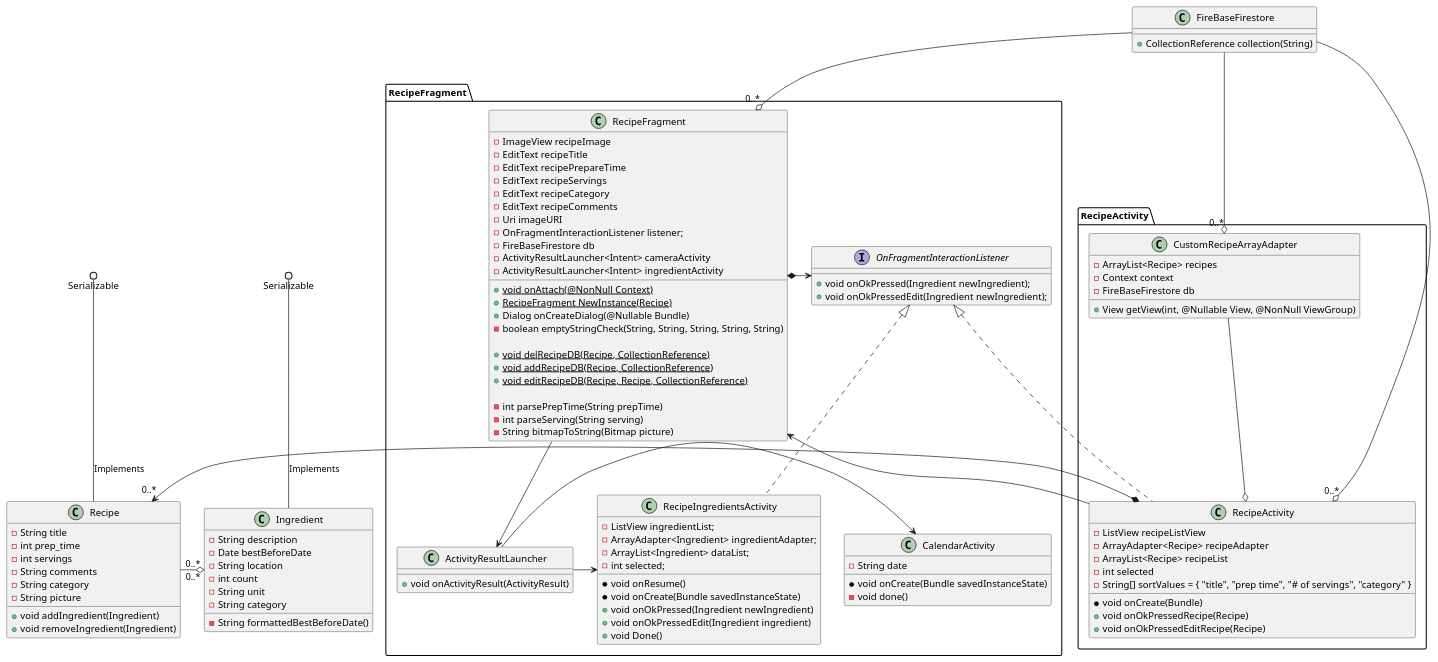
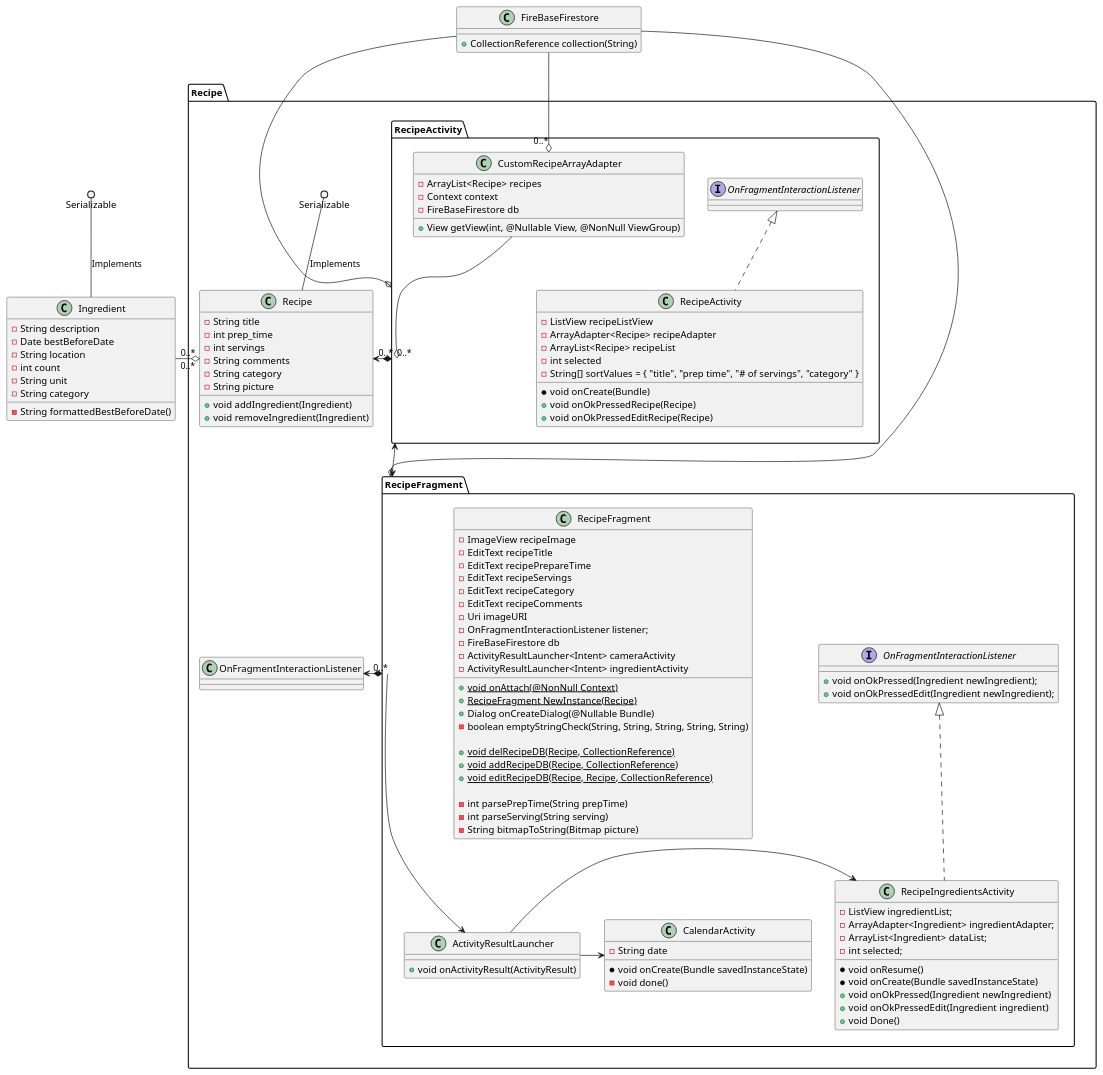
Before and after one commit to CMPUT301F22T31/FoodCart: the diagram in doc/source/RecipeUML.puml, drawn with PlantUML. The commit also changed 4 other files, not shown here.

Commit message:
UML package overhaul

```diff
--- a/doc/source/RecipeUML.puml
+++ b/doc/source/RecipeUML.puml
@@ -1,136 +1,137 @@
 @startuml
 'https://plantuml.com/class-diagram
 
 class Ingredient
 {
--String description
--Date bestBeforeDate
--String location
--int count
--String unit
--String category
+    -String description
+    -Date bestBeforeDate
+    -String location
+    -int count
+    -String unit
+    -String category
 
--String formattedBestBeforeDate()
+    -String formattedBestBeforeDate()
 }
+Serializable ()-- Ingredient : Implements
 
 class FireBaseFirestore
 {
-+CollectionReference collection(String)
-}
-
-class RecipeFragment.ActivityResultLauncher
-{
-    +void onActivityResult(ActivityResult)
-}
-
-class Recipe
-{
--String title
--int prep_time
--int servings
--String comments
--String category
--String picture
-
-+void addIngredient(Ingredient)
-+void removeIngredient(Ingredient)
-}
-
-class RecipeFragment.CalendarActivity
-{
-    - String date
-    * void onCreate(Bundle savedInstanceState)
-    - void done()
-}
-
-class RecipeActivity.RecipeActivity implements RecipeFragment.OnFragmentInteractionListener
-{
--ListView recipeListView
--ArrayAdapter<Recipe> recipeAdapter
--ArrayList<Recipe> recipeList
--int selected
--String[] sortValues = { "title", "prep time", "# of servings", "category" }
-
-*void onCreate(Bundle)
-+void onOkPressedRecipe(Recipe)
-+void onOkPressedEditRecipe(Recipe)
-}
-
-class RecipeFragment.RecipeFragment
-{
--ImageView recipeImage
--EditText recipeTitle
--EditText recipePrepareTime
--EditText recipeServings
--EditText recipeCategory
--EditText recipeComments
--Uri imageURI
--OnFragmentInteractionListener listener;
--FireBaseFirestore db
--ActivityResultLauncher<Intent> cameraActivity
--ActivityResultLauncher<Intent> ingredientActivity
-
-+ {static} void onAttach(@NonNull Context)
-+ {static} RecipeFragment NewInstance(Recipe)
-+ Dialog onCreateDialog(@Nullable Bundle)
-- boolean emptyStringCheck(String, String, String, String, String)
-
-+ {static} void delRecipeDB(Recipe, CollectionReference)
-+ {static} void addRecipeDB(Recipe, CollectionReference)
-+ {static} void editRecipeDB(Recipe, Recipe, CollectionReference)
-
-- int parsePrepTime(String prepTime)
-- int parseServing(String serving)
-- String bitmapToString(Bitmap picture)
+    +CollectionReference collection(String)
 
 }
 
-interface RecipeFragment.OnFragmentInteractionListener
+package Recipe
 {
-+void onOkPressed(Ingredient newIngredient);
-+void onOkPressedEdit(Ingredient newIngredient);
+    class Recipe
+    {
+        -String title
+        -int prep_time
+        -int servings
+        -String comments
+        -String category
+        -String picture
+
+        +void addIngredient(Ingredient)
+        +void removeIngredient(Ingredient)
+    }
+    package RecipeFragment
+    {
+        class ActivityResultLauncher
+        {
+            +void onActivityResult(ActivityResult)
+        }
+        class CalendarActivity
+        {
+            - String date
+            * void onCreate(Bundle savedInstanceState)
+            - void done()
+        }
+        interface OnFragmentInteractionListener
+        {
+            +void onOkPressed(Ingredient newIngredient);
+            +void onOkPressedEdit(Ingredient newIngredient);
+        }
+        class RecipeFragment
+        {
+            -ImageView recipeImage
+            -EditText recipeTitle
+            -EditText recipePrepareTime
+            -EditText recipeServings
+            -EditText recipeCategory
+            -EditText recipeComments
+            -Uri imageURI
+            -OnFragmentInteractionListener listener;
+            -FireBaseFirestore db
+            -ActivityResultLauncher<Intent> cameraActivity
+            -ActivityResultLauncher<Intent> ingredientActivity
+
+            + {static} void onAttach(@NonNull Context)
+            + {static} RecipeFragment NewInstance(Recipe)
+            + Dialog onCreateDialog(@Nullable Bundle)
+            - boolean emptyStringCheck(String, String, String, String, String)
+
+            + {static} void delRecipeDB(Recipe, CollectionReference)
+            + {static} void addRecipeDB(Recipe, CollectionReference)
+            + {static} void editRecipeDB(Recipe, Recipe, CollectionReference)
+
+            - int parsePrepTime(String prepTime)
+            - int parseServing(String serving)
+            - String bitmapToString(Bitmap picture)
+        }
+        class RecipeIngredientsActivity implements OnFragmentInteractionListener
+        {
+            -ListView ingredientList;
+            -ArrayAdapter<Ingredient> ingredientAdapter;
+            -ArrayList<Ingredient> dataList;
+            -int selected;
+
+            *void onResume()
+            *void onCreate(Bundle savedInstanceState)
+            +void onOkPressed(Ingredient newIngredient)
+            +void onOkPressedEdit(Ingredient ingredient)
+            +void Done()
+        }
+    }
+    package RecipeActivity
+    {
+        class RecipeActivity implements OnFragmentInteractionListener
+        {
+            -ListView recipeListView
+            -ArrayAdapter<Recipe> recipeAdapter
+            -ArrayList<Recipe> recipeList
+            -int selected
+            -String[] sortValues = { "title", "prep time", "# of servings", "category" }
+
+            *void onCreate(Bundle)
+            +void onOkPressedRecipe(Recipe)
+            +void onOkPressedEditRecipe(Recipe)
+        }
+        class CustomRecipeArrayAdapter
+        {
+            - ArrayList<Recipe> recipes
+            - Context context
+            - FireBaseFirestore db
+
+            + View getView(int, @Nullable View, @NonNull ViewGroup)
+        }
+    }
+    Serializable ()-- Recipe : Implements
+
+    Ingredient "0..*" -o "0..*" Recipe
+
+    RecipeActivity *-> "0..*" Recipe
+    CustomRecipeArrayAdapter --o RecipeActivity
+    FireBaseFirestore --o "0..*" RecipeActivity
+
+    OnFragmentInteractionListener <-* RecipeFragment
+    FireBaseFirestore --o "0..*" RecipeFragment
+    FireBaseFirestore --o "0..*" CustomRecipeArrayAdapter
+
+    RecipeActivity <--> RecipeFragment
+    RecipeFragment --> ActivityResultLauncher
+    ActivityResultLauncher -> CalendarActivity
+    ActivityResultLauncher -> RecipeIngredientsActivity
 }
-
-class RecipeActivity.CustomRecipeArrayAdapter
-{
-- ArrayList<Recipe> recipes
-- Context context
-- FireBaseFirestore db
-
-+ View getView(int, @Nullable View, @NonNull ViewGroup)
-}
-
-class RecipeFragment.RecipeIngredientsActivity implements RecipeFragment.OnFragmentInteractionListener
-{
-    -ListView ingredientList;
-    -ArrayAdapter<Ingredient> ingredientAdapter;
-    -ArrayList<Ingredient> dataList;
-    -int selected;
-
-    *void onResume()
-    *void onCreate(Bundle savedInstanceState)
-    +void onOkPressed(Ingredient newIngredient)
-    +void onOkPressedEdit(Ingredient ingredient)
-    +void Done()
-
-}
-
-Serializable ()-- Recipe : Implements
-Serializable ()-- Ingredient : Implements
-Recipe "0..*" -o "0..*" Ingredient
-
-RecipeActivity.RecipeActivity *-> "0..*" Recipe
-RecipeActivity.CustomRecipeArrayAdapter --o RecipeActivity.RecipeActivity
-FireBaseFirestore --o "0..*" RecipeActivity.RecipeActivity
-
-RecipeFragment.OnFragmentInteractionListener <-* RecipeFragment.RecipeFragment
-FireBaseFirestore --o "0..*" RecipeFragment.RecipeFragment
-FireBaseFirestore --o "0..*" RecipeActivity.CustomRecipeArrayAdapter
-
-RecipeActivity.RecipeActivity --> RecipeFragment.RecipeFragment
-RecipeFragment.RecipeFragment --> RecipeFragment.ActivityResultLauncher
-RecipeFragment.ActivityResultLauncher -> RecipeFragment.CalendarActivity
-RecipeFragment.ActivityResultLauncher -> RecipeFragment.RecipeIngredientsActivity
 
 
 @enduml
```
